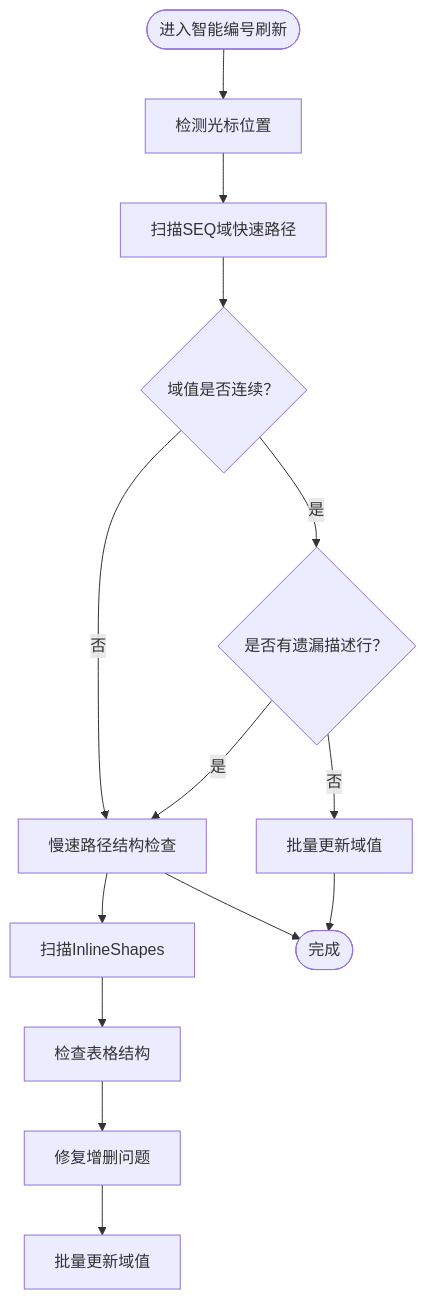
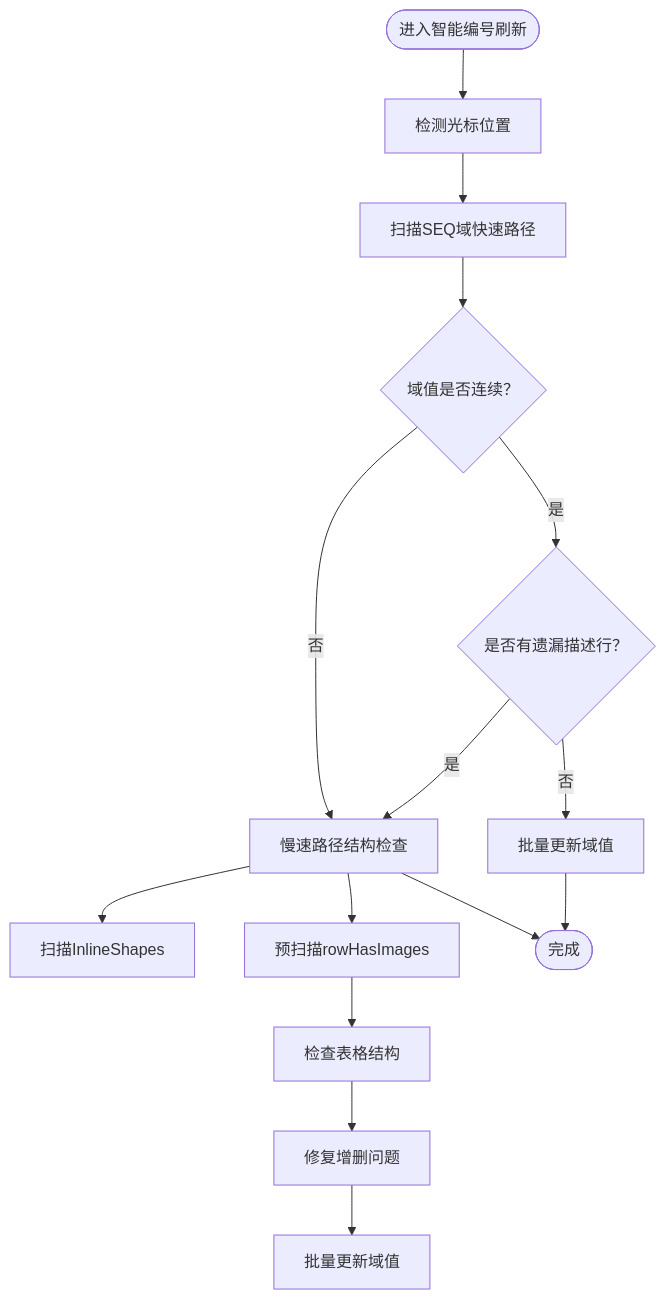
One commit to rainiva/WordTools changed the third of 6 diagrams in .qoder/repowiki/zh/content/核心功能/表格处理服务.md. Above: the diagram before and after it, drawn with Mermaid. The commit also changed other lines of this file and 8 other files, not shown here.

Commit message:
perf: 大表格插图性能优化-清理编号与计算起始号瓶颈修复+诊断计时

````diff
--- a/.qoder/repowiki/zh/content/核心功能/表格处理服务.md
+++ b/.qoder/repowiki/zh/content/核心功能/表格处理服务.md
@@ -191,16 +202,17 @@
 ```mermaid
 flowchart TD
 Start(["进入智能编号刷新"]) --> CheckCursor["检测光标位置"]
 CheckCursor --> ScanFields["扫描SEQ域快速路径"]
 ScanFields --> CheckContinuity{"域值是否连续？"}
 CheckContinuity --> |是| CheckMissing{"是否有遗漏描述行？"}
 CheckMissing --> |否| FastUpdate["批量更新域值"]
 CheckMissing --> |是| SlowPath["慢速路径结构检查"]
 CheckContinuity --> |否| SlowPath
 SlowPath --> ScanShapes["扫描InlineShapes"]
-ScanShapes --> CheckStructure["检查表格结构"]
+SlowPath --> PreScan["预扫描rowHasImages"]
+PreScan --> CheckStructure["检查表格结构"]
 CheckStructure --> FixStructure["修复增删问题"]
 FixStructure --> BatchUpdate["批量更新域值"]
 FastUpdate --> Complete(["完成"])
 SlowPath --> Complete
 ```
````
